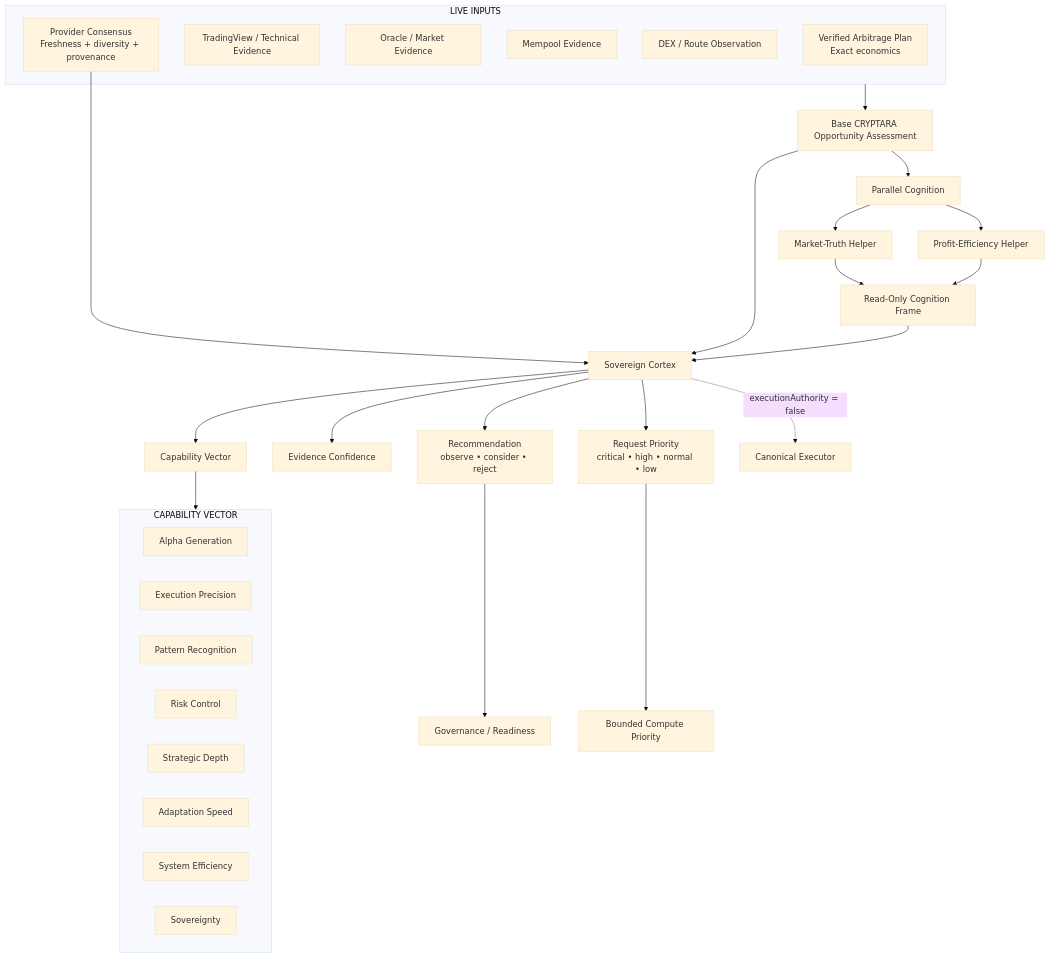
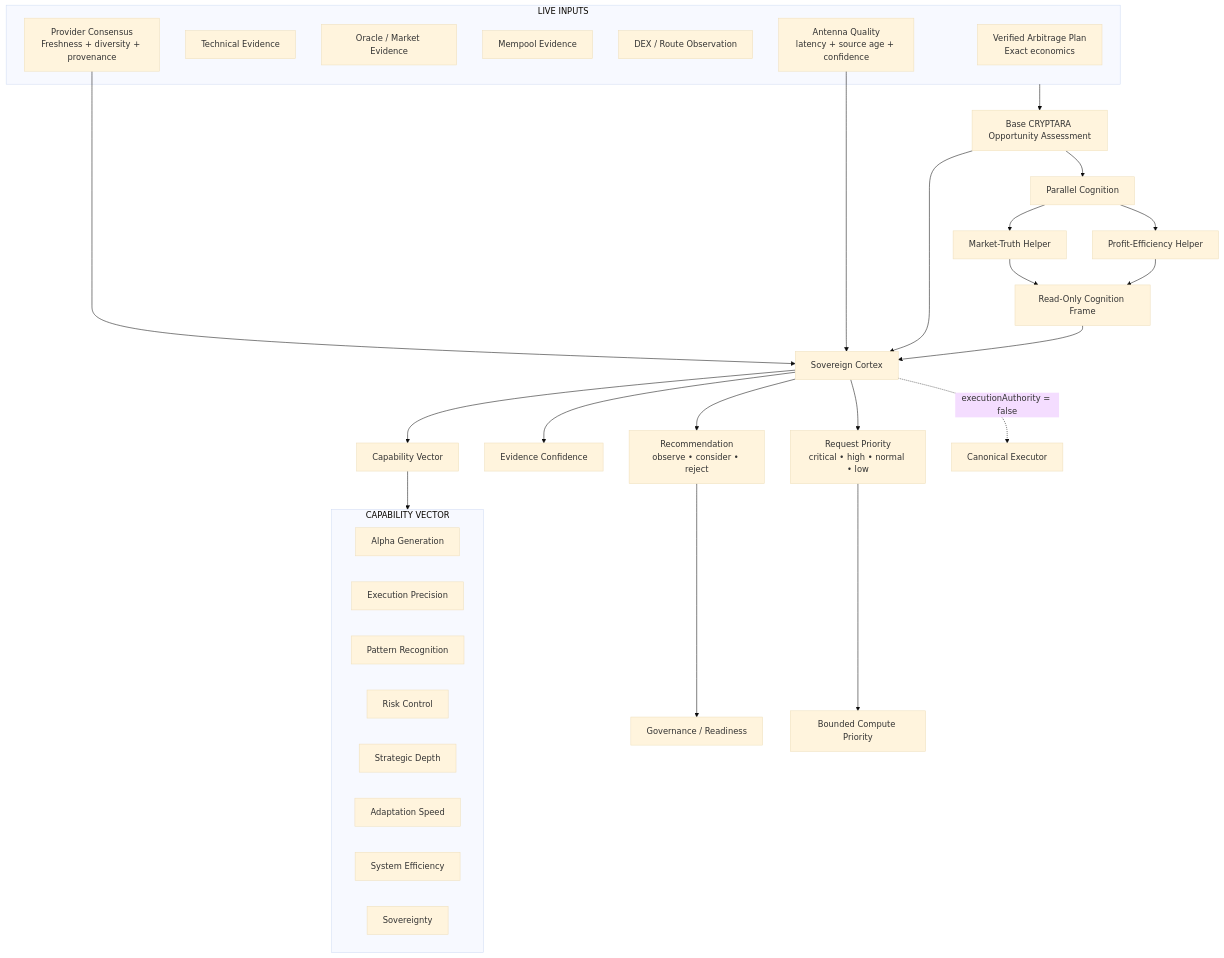
The sixth of 13 diagrams in README.md (Rjdclink/Bad-Blue), drawn with Mermaid (base theme) before and after one commit. The commit also changed other lines of this file, not shown here.

````diff
--- a/README.md
+++ b/README.md
@@ -359,46 +362,47 @@
 ```mermaid
 flowchart TD
     subgraph INPUTS["LIVE INPUTS"]
         PLAN["Verified Arbitrage Plan\nExact economics"]
-        TV["TradingView / Technical Evidence"]
+        TV["Technical Evidence"]
         ORACLE["Oracle / Market Evidence"]
         MEM["Mempool Evidence"]
         ROUTE["DEX / Route Observation"]
         PROVIDERS["Provider Consensus\nFreshness + diversity + provenance"]
+        ANTQ["Antenna Quality\nlatency + source age + confidence"]
     end
 
     INPUTS --> ASSESS["Base CRYPTARA Opportunity Assessment"]
 
     ASSESS --> PAR["Parallel Cognition"]
     PAR --> MT["Market-Truth Helper"]
     PAR --> PE["Profit-Efficiency Helper"]
     MT --> FRAME["Read-Only Cognition Frame"]
     PE --> FRAME
 
     PROVIDERS --> CORTEX["Sovereign Cortex"]
+    ANTQ --> CORTEX
     ASSESS --> CORTEX
     FRAME --> CORTEX
 
     CORTEX --> VECTOR["Capability Vector"]
     CORTEX --> CONF["Evidence Confidence"]
     CORTEX --> REC["Recommendation\nobserve • consider • reject"]
     CORTEX --> PRI["Request Priority\ncritical • high • normal • low"]
 
     subgraph VECTOR_AXES["CAPABILITY VECTOR"]
         A["Alpha Generation"]
         E["Execution Precision"]
         P["Pattern Recognition"]
         R["Risk Control"]
         S["Strategic Depth"]
         AD["Adaptation Speed"]
         SE["System Efficiency"]
         SO["Sovereignty"]
     end
 
     VECTOR --> VECTOR_AXES
-
     REC --> GOVERNANCE["Governance / Readiness"]
     PRI --> COMPUTE["Bounded Compute Priority"]
 
     CORTEX -. "executionAuthority = false" .-> EXEC["Canonical Executor"]
 ```
````
